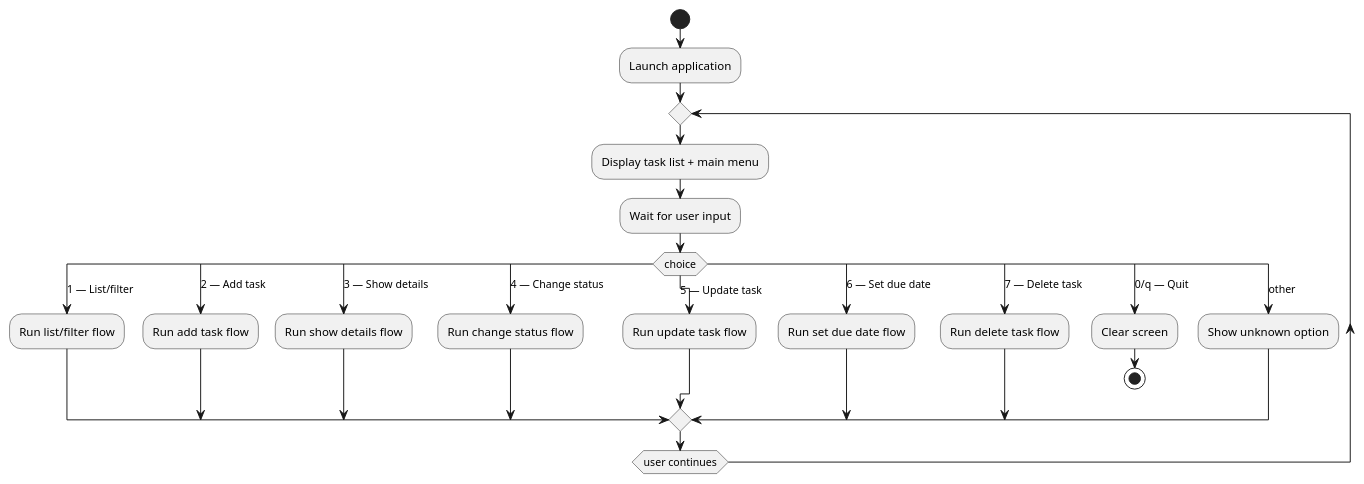
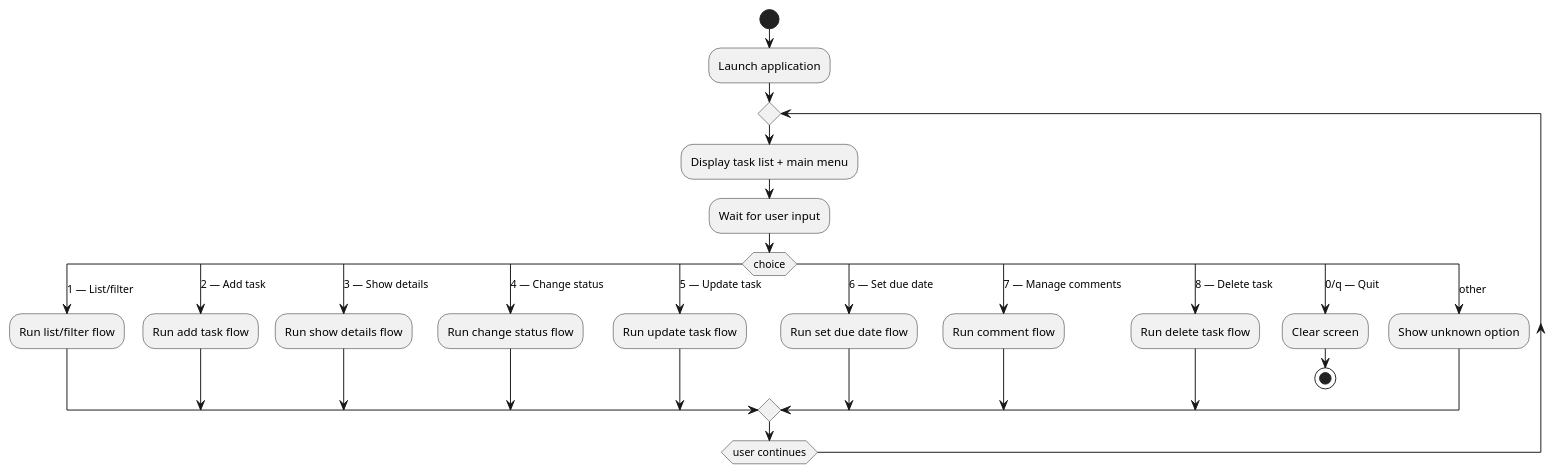
Before and after one commit to DanielRiha8906/Software_autoevolution_using_agents: the diagram in experiments/broadcast/user_stories/TODO/artifacts/activity_diagram.puml, drawn with PlantUML. The commit also changed 3 other files, not shown here.

First line of the commit message:
update all diagrams to reflect TaskComment feature

```diff
--- a/experiments/broadcast/user_stories/TODO/artifacts/activity_diagram.puml
+++ b/experiments/broadcast/user_stories/TODO/artifacts/activity_diagram.puml
@@ -1,34 +1,36 @@
 @startuml
 
 start
 :Launch application;
 
 repeat
   :Display task list + main menu;
   :Wait for user input;
 
   switch (choice)
     case (1 — List/filter)
       :Run list/filter flow;
     case (2 — Add task)
       :Run add task flow;
     case (3 — Show details)
       :Run show details flow;
     case (4 — Change status)
       :Run change status flow;
     case (5 — Update task)
       :Run update task flow;
     case (6 — Set due date)
       :Run set due date flow;
-    case (7 — Delete task)
+    case (7 — Manage comments)
+      :Run comment flow;
+    case (8 — Delete task)
       :Run delete task flow;
     case (0/q — Quit)
       :Clear screen;
       stop
     case (other)
       :Show unknown option;
   endswitch
 
 repeat while (user continues)
 
 @enduml
```
